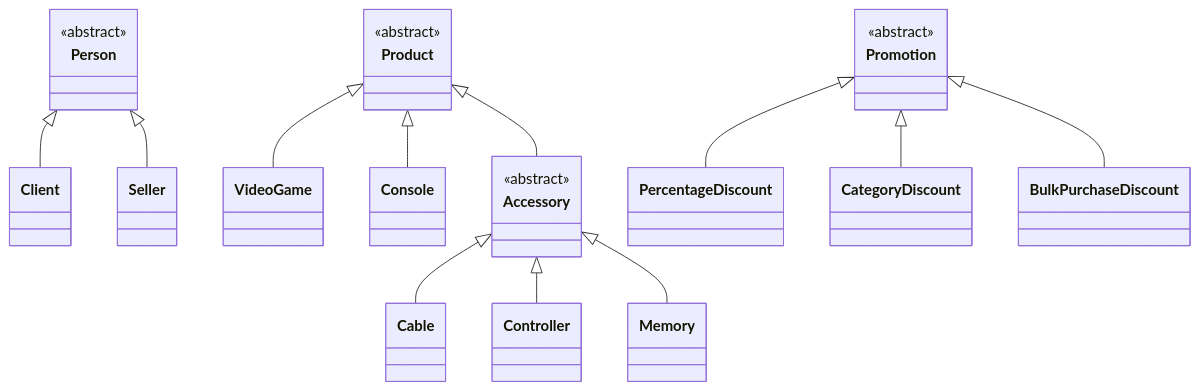
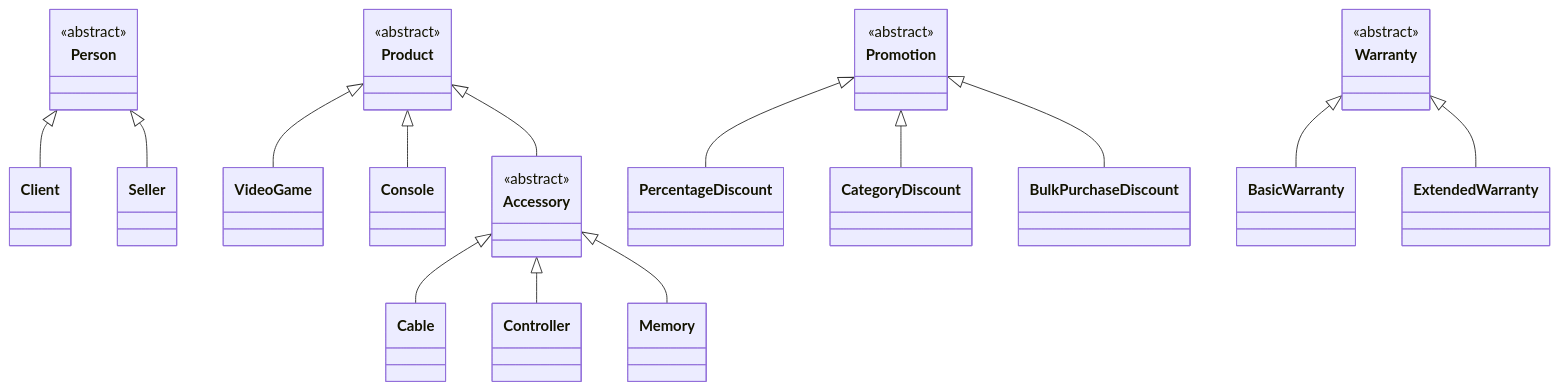
Before and after one commit to sdavidpinto/Taller_Gamezone1: the diagram in docs/hierarchy-diagram.md, drawn with Mermaid. The commit also changed 1 other file, not shown here.

Commit message:
docs:actualizacion de hierarchy-diagram y layers-diagram con Warranty

````diff
--- a/docs/hierarchy-diagram.md
+++ b/docs/hierarchy-diagram.md
@@ -1,56 +1,68 @@
 ```mermaid
 classDiagram
     direction TB
 
     %% Person Hierarchy
     class Person {
         <<abstract>>
     }
     class Client {
     }
     class Seller {
     }
 
     Person <|-- Client
     Person <|-- Seller
 
     %% Product Hierarchy
     class Product {
         <<abstract>>
     }
     class VideoGame {
     }
     class Console {
     }
     class Accessory {
         <<abstract>>
     }
     class Cable {
     }
     class Controller {
     }
     class Memory {
     }
 
     Product <|-- VideoGame
     Product <|-- Console
     Product <|-- Accessory
     Accessory <|-- Cable
     Accessory <|-- Controller
     Accessory <|-- Memory
 
     %% Promotion Hierarchy
     class Promotion {
         <<abstract>>
     }
     class PercentageDiscount {
     }
     class CategoryDiscount {
     }
     class BulkPurchaseDiscount {
     }
 
     Promotion <|-- PercentageDiscount
     Promotion <|-- CategoryDiscount
     Promotion <|-- BulkPurchaseDiscount
+
+    %% Warranty Hierarchy
+    class Warranty {
+        <<abstract>>
+    }
+    class BasicWarranty {
+    }
+    class ExtendedWarranty {
+    }
+
+    Warranty <|-- BasicWarranty
+    Warranty <|-- ExtendedWarranty
 ```
````
